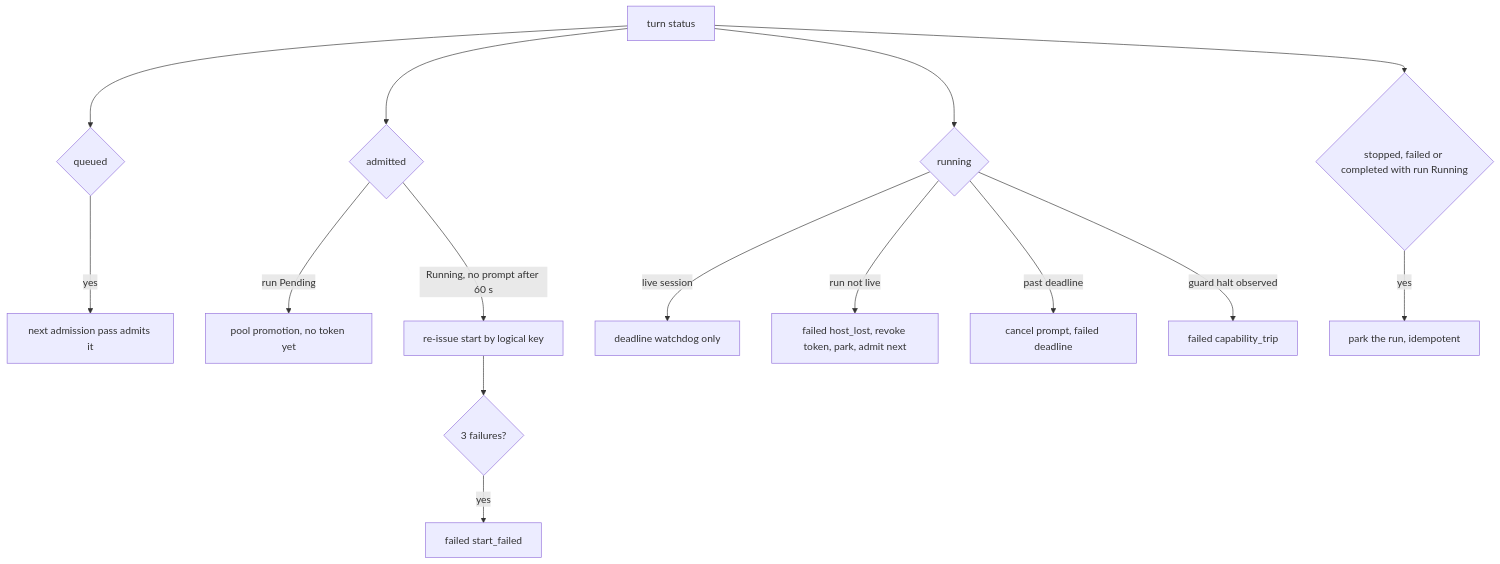
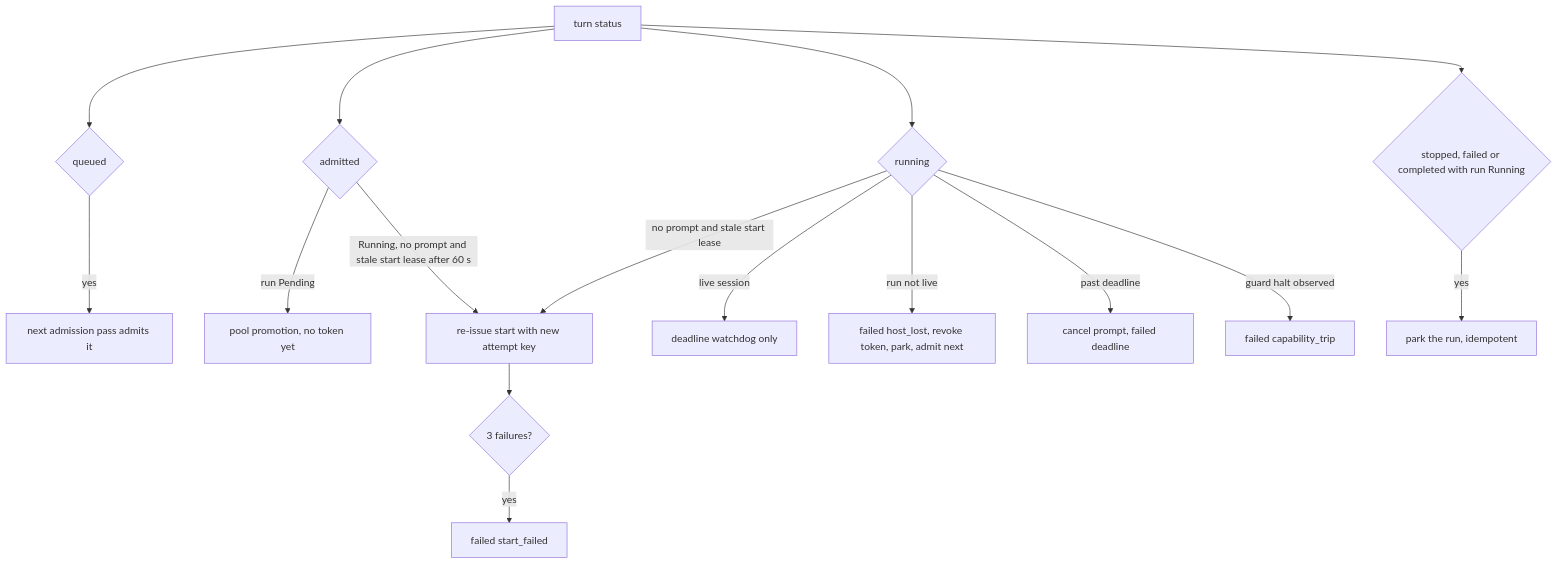
The sixth of 7 diagrams in docs/system-analytics/librarian-conversation.md (maister-dev/maister), drawn with Mermaid before and after one commit. The commit also changed other lines of this file and 49 other files, not shown here.

````diff
--- a/docs/system-analytics/librarian-conversation.md
+++ b/docs/system-analytics/librarian-conversation.md
@@ -173,17 +173,18 @@
 ```mermaid
 flowchart TD
     A["turn status"] --> Q{"queued"}
     Q -- yes --> Q1["next admission pass admits it"]
     A --> AD{"admitted"}
     AD -- "run Pending" --> AD1["pool promotion, no token yet"]
-    AD -- "Running, no prompt after 60 s" --> AD2["re-issue start by logical key"]
+    AD -- "Running, no prompt and stale start lease after 60 s" --> AD2["re-issue start with new attempt key"]
     AD2 --> AD3{"3 failures?"}
     AD3 -- yes --> AD4["failed start_failed"]
     A --> RU{"running"}
     RU -- "live session" --> RU1["deadline watchdog only"]
+    RU -- "no prompt and stale start lease" --> AD2
     RU -- "run not live" --> RU2["failed host_lost, revoke token, park, admit next"]
     RU -- "past deadline" --> RU3["cancel prompt, failed deadline"]
     RU -- "guard halt observed" --> RU4["failed capability_trip"]
     A --> TE{"stopped, failed or completed with run Running"}
     TE -- yes --> TE1["park the run, idempotent"]
 ```
````
